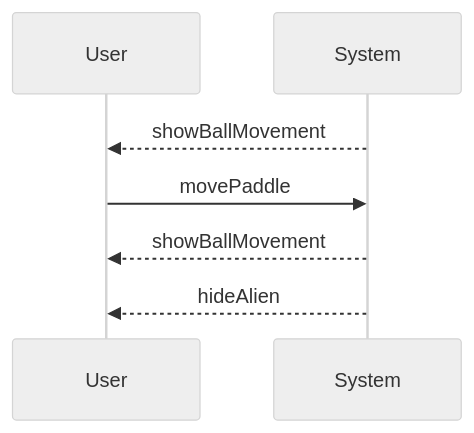
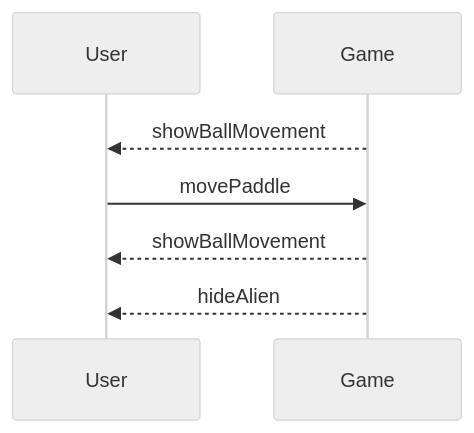
The diagram in system-sequence-diagrams/hit-harmful-alien.md (Shamdan17/Bricking_Bad), drawn with Mermaid (neutral theme) before and after one commit. The commit also changed other lines of this file and 14 other files, not shown here.

Commit message:
change all instances of system to game

````diff
--- a/system-sequence-diagrams/hit-harmful-alien.md
+++ b/system-sequence-diagrams/hit-harmful-alien.md
@@ -3,10 +3,10 @@
 ```mermaid
 sequenceDiagram
 participant User
-participant System
-System-->>User: showBallMovement
-User->> System: movePaddle
-System-->>User: showBallMovement
-System-->>User: hideAlien
+participant Game
+Game-->>User: showBallMovement
+User->> Game: movePaddle
+Game-->>User: showBallMovement
+Game-->>User: hideAlien
 
 ```
````
